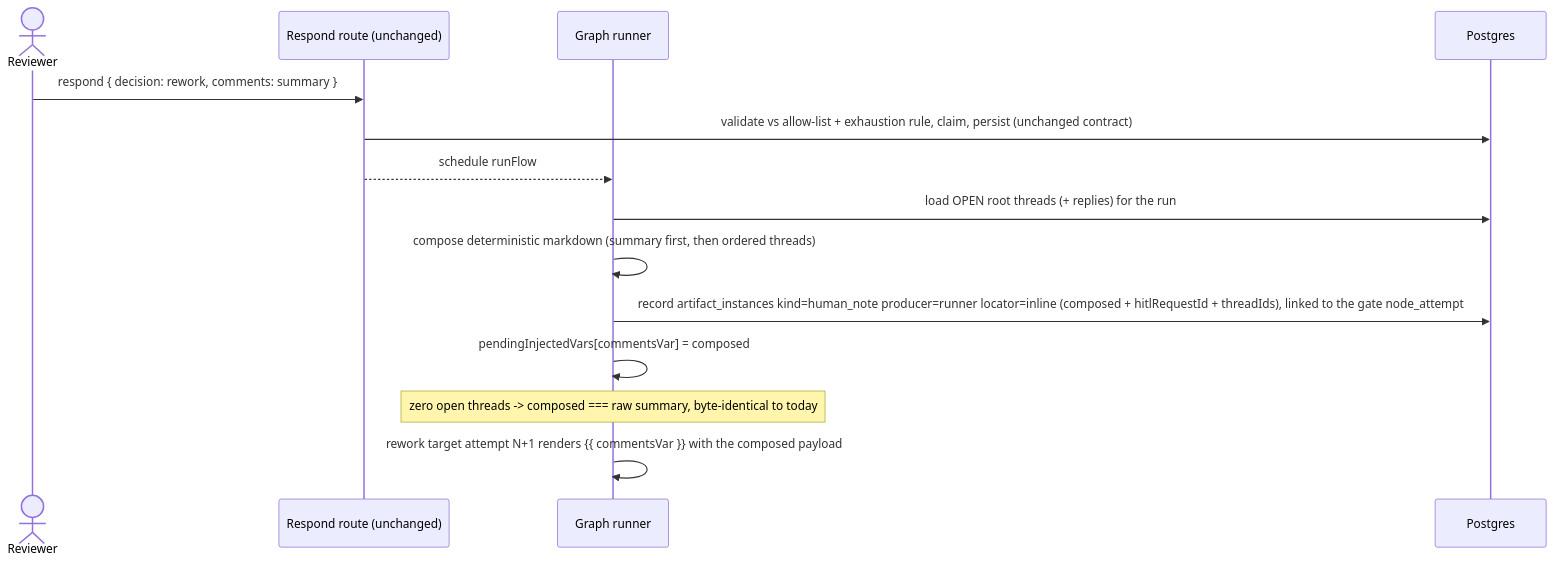
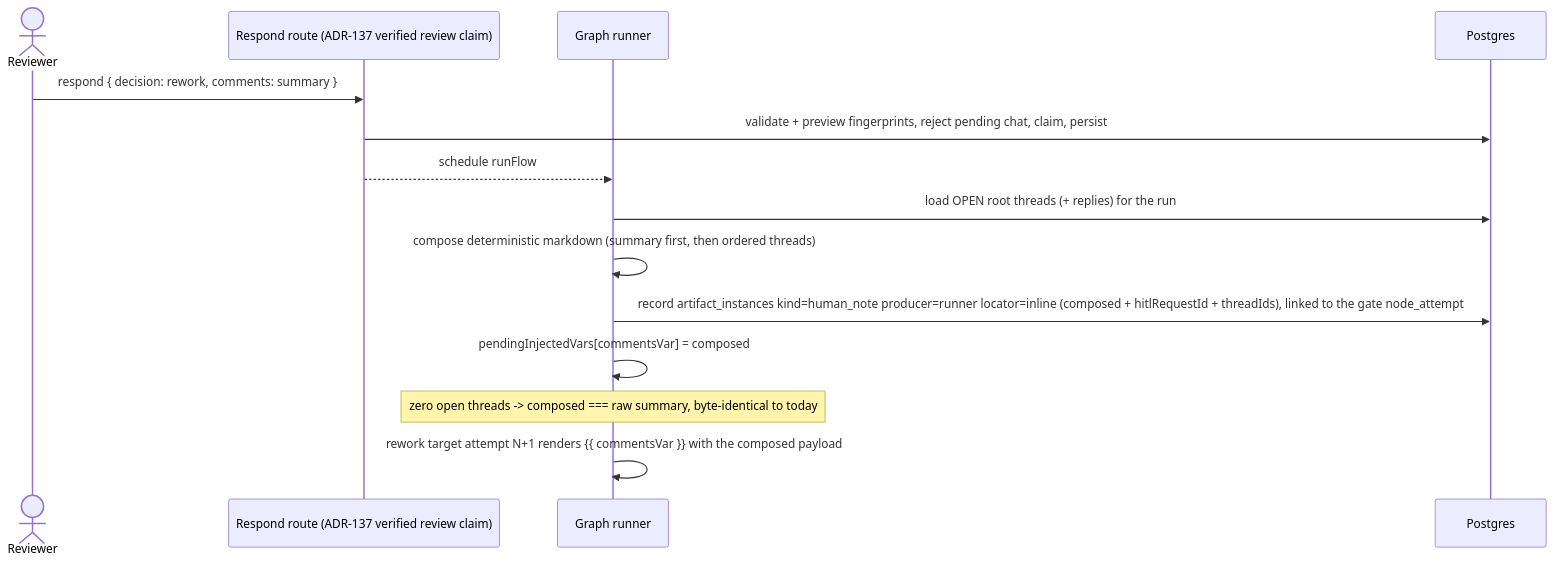
The third of 6 diagrams in docs/system-analytics/review-comments.md (maister-dev/maister), drawn with Mermaid before and after one commit. The commit also changed other lines of this file and 17 other files, not shown here.

First line of the commit message:
fix(review): fence rework from expired gate chat

````diff
--- a/docs/system-analytics/review-comments.md
+++ b/docs/system-analytics/review-comments.md
@@ -134,17 +136,17 @@
 ```mermaid
 sequenceDiagram
     actor U as Reviewer
-    participant W as Respond route (unchanged)
+    participant W as Respond route (ADR-137 verified review claim)
     participant R as Graph runner
     participant DB as Postgres
 
     U->>W: respond { decision: rework, comments: summary }
-    W->>DB: validate vs allow-list + exhaustion rule, claim, persist (unchanged contract)
+    W->>DB: validate + preview fingerprints, reject pending chat, claim, persist
     W-->>R: schedule runFlow
     R->>DB: load OPEN root threads (+ replies) for the run
     R->>R: compose deterministic markdown (summary first, then ordered threads)
     R->>DB: record artifact_instances kind=human_note producer=runner locator=inline (composed + hitlRequestId + threadIds), linked to the gate node_attempt
     R->>R: pendingInjectedVars[commentsVar] = composed
     Note over R: zero open threads -> composed === raw summary, byte-identical to today
     R->>R: rework target attempt N+1 renders {{ commentsVar }} with the composed payload
 ```
````
